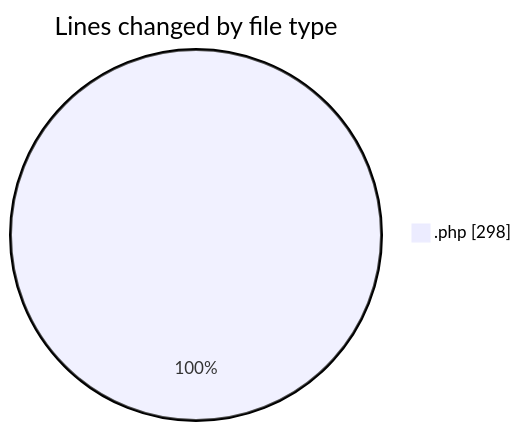
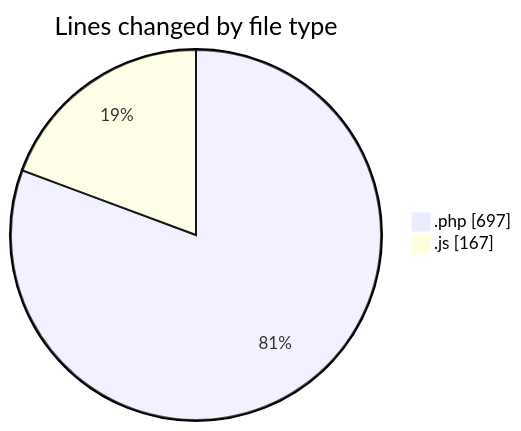
Before and after one commit to debugP/code-tracking: the first of 2 diagrams in 2026-07-08/wp-content/README.md, drawn with Mermaid. The commit also changed other lines of this file and 1 other file, not shown here.

````diff
--- a/2026-07-08/wp-content/README.md
+++ b/2026-07-08/wp-content/README.md
@@ -20,5 +22,6 @@
 ```mermaid
 pie showData
 title Lines changed by file type
-".php" : 298
+".php" : 697
+".js" : 167
 ```
````
